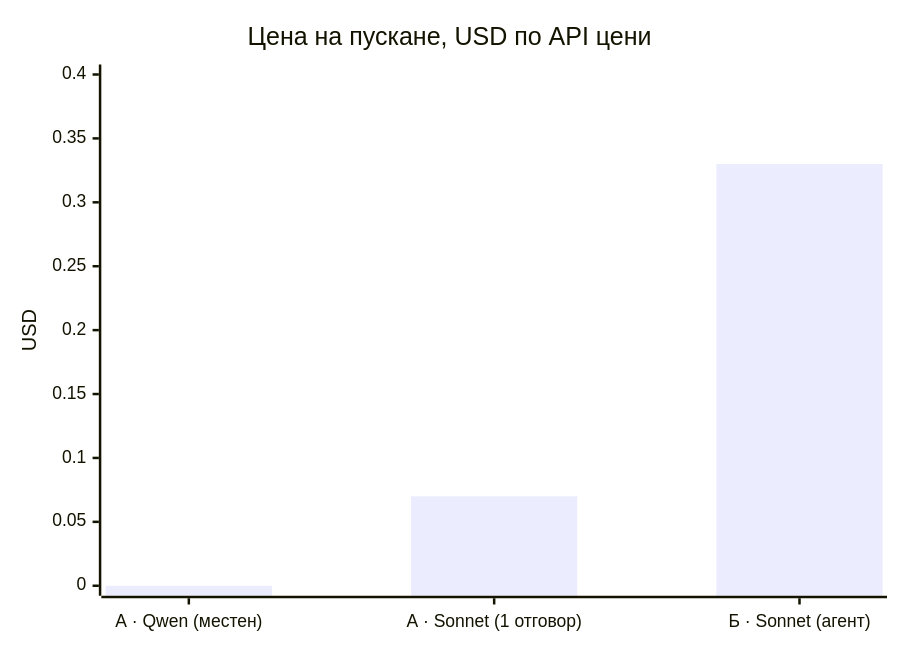
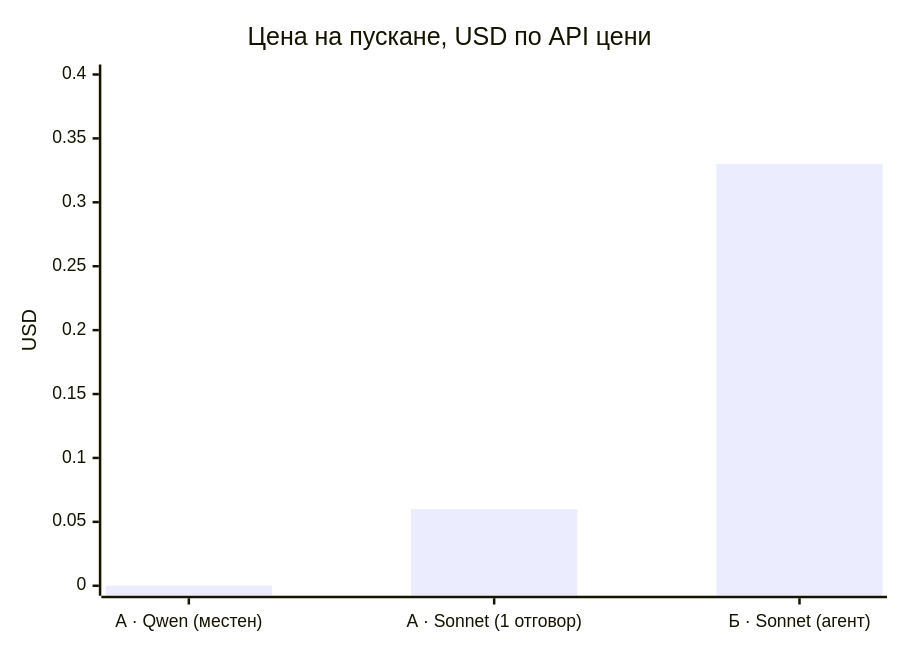
Before and after one commit to frashev/HealCheck: the second of 3 diagrams in README.md, drawn with Mermaid. The commit also changed other lines of this file and 6 other files, not shown here.

````diff
--- a/README.md
+++ b/README.md
@@ -90,7 +92,7 @@
 ```mermaid
 xychart-beta
     title "Цена на пускане, USD по API цени"
     x-axis ["А · Qwen (местен)", "А · Sonnet (1 отговор)", "Б · Sonnet (агент)"]
     y-axis "USD" 0 --> 0.4
-    bar [0, 0.07, 0.33]
+    bar [0, 0.06, 0.33]
 ```
````
